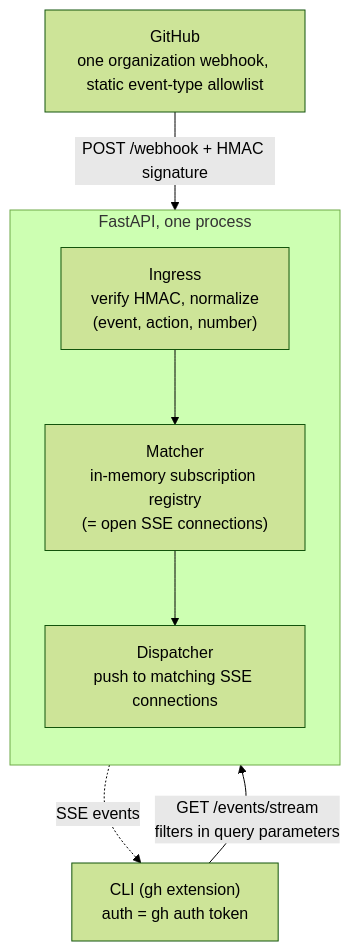
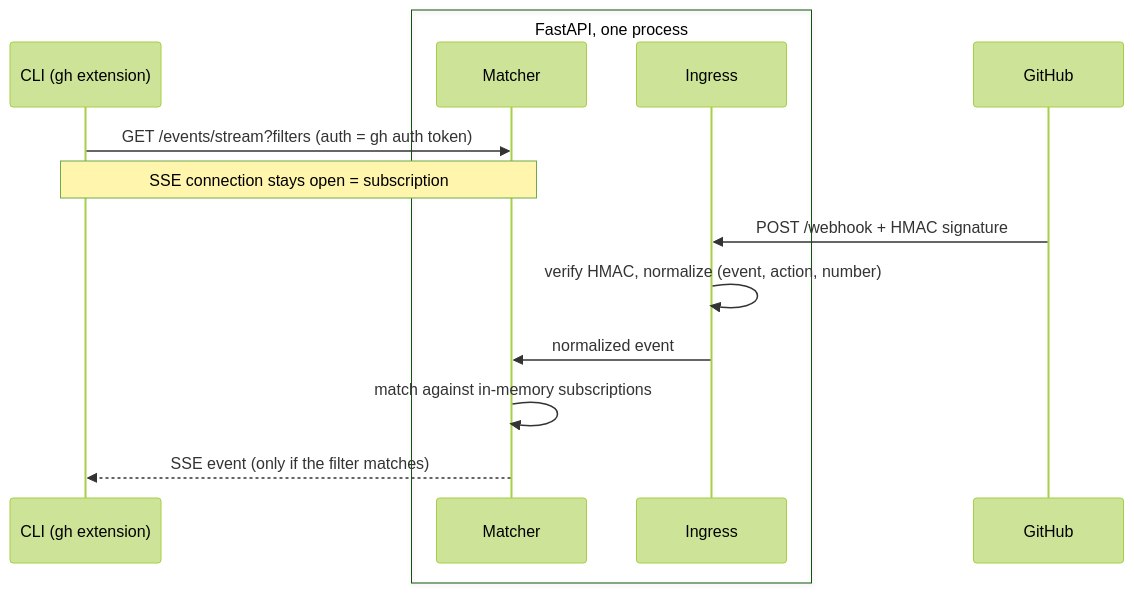
One commit to Alex-Kopylov/gh-babysitter changed the diagram in README.md. Above: the diagram before and after it, drawn with Mermaid (forest theme).

Commit message:
docs(readme): use sequence diagram for architecture

````diff
--- a/README.md
+++ b/README.md
@@ -58,15 +58,17 @@
 ```mermaid
-flowchart TB
-    GH["GitHub<br/>one organization webhook, static event-type allowlist"]
-    subgraph SRV["FastAPI, one process"]
-        direction TB
-        IN["Ingress<br/>verify HMAC, normalize<br/>(event, action, number)"]
-        M["Matcher<br/>in-memory subscription registry<br/>(= open SSE connections)"]
-        D["Dispatcher<br/>push to matching SSE connections"]
-        IN --> M --> D
+sequenceDiagram
+    participant CLI as CLI (gh extension)
+    box FastAPI, one process
+        participant M as Matcher
+        participant I as Ingress
     end
-    CLI["CLI (gh extension)<br/>auth = gh auth token"]
-    GH -->|"POST /webhook + HMAC signature"| IN
-    CLI -->|"GET /events/stream<br/>filters in query parameters"| M
-    D -.->|"SSE events"| CLI
+    participant GH as GitHub
+
+    CLI->>M: GET /events/stream?filters (auth = gh auth token)
+    Note over CLI,M: SSE connection stays open = subscription
+    GH->>I: POST /webhook + HMAC signature
+    I->>I: verify HMAC, normalize (event, action, number)
+    I->>M: normalized event
+    M->>M: match against in-memory subscriptions
+    M-->>CLI: SSE event (only if the filter matches)
 ```
````
